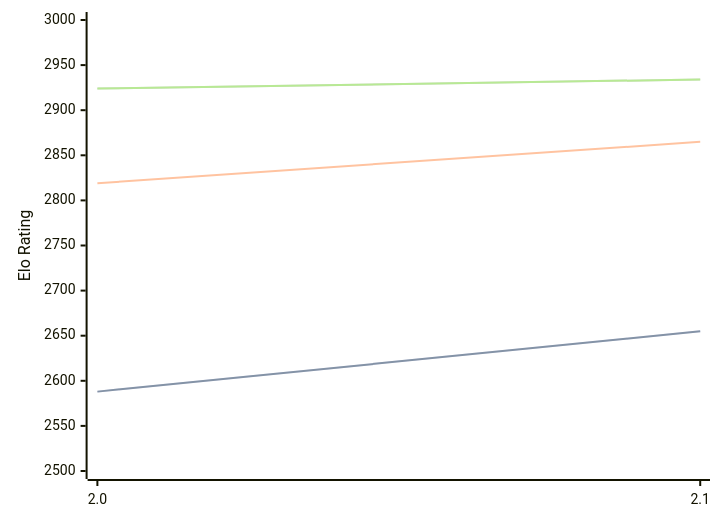
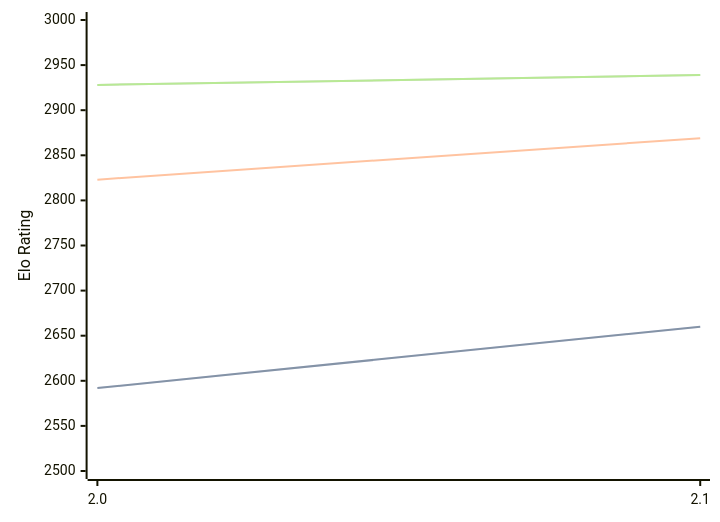
The diagram in engines/Noggin.md (computer-chess-index/cci), drawn with Mermaid before and after one commit. The commit also changed other lines of this file, not shown here.

Commit message:
Update CCI Ratings (ELO VLTC) - 2026-08-18

````diff
--- a/engines/Noggin.md
+++ b/engines/Noggin.md
@@ -33,11 +33,11 @@
 ```mermaid
 %%{init: {"theme":"base","themeVariables":{"seriesColors:['#a3a3a3','#222221','#faa371']}}}%%
 xychart-beta
   x-axis ["2.0", "2.1"]
   y-axis "Elo Rating" 2500 --> 3000
-  line "STC (8.0+0.08s)" [2588, 2655]
-  line "STC (8.0+0.08s)" [2588, 2655]
-  line "LTC (60.0+0.60s)" [2819, 2865]
-  line "VLTC (2m24s+1.12s)" [2924, 2934]
-  line "VLTC (2m24s+1.12s)" [2924, 2934]
+  line "STC (8.0+0.08s)" [2592, 2660]
+  line "STC (8.0+0.08s)" [2592, 2660]
+  line "LTC (60.0+0.60s)" [2823, 2869]
+  line "VLTC (2m24s+1.12s)" [2928, 2939]
+  line "VLTC (2m24s+1.12s)" [2928, 2939]
 ```
````
